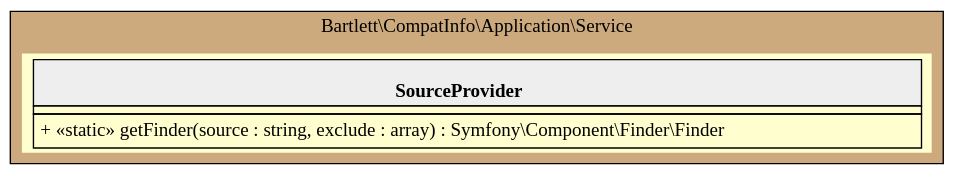
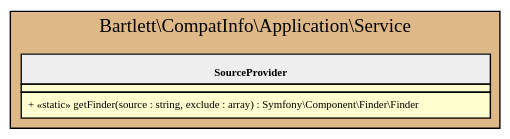
The diagram in 7.0/assets/images/application-service.html.gv (llaville/php-compatinfo), drawn with Graphviz before and after one commit. The commit also changed 66 other files, not shown here.

```diff
--- a/7.0/assets/images/application-service.html.gv
+++ b/7.0/assets/images/application-service.html.gv
@@ -1,16 +1,17 @@
 graph {
-  graph [rankdir="TB" bgcolor="transparent"]
-  node [fillcolor="#FEFECE" style="filled"]
+  graph [name="G" overlap="false" rankdir="TB" bgcolor="transparent"]
+  node [fontname="Verdana" fontsize=8 shape="none" margin=0 fillcolor="#FEFECE" style="filled"]
+  edge [fontname="Verdana" fontsize=8]
   subgraph cluster_0 {
-    graph [bgcolor="burlywood3"]
+    graph [bgcolor="BurlyWood"]
     label = "Bartlett\\CompatInfo\\Application\\Service"
     "Bartlett\\CompatInfo\\Application\\Service\\SourceProvider" [shape="none" label=<
 <table cellspacing="0" border="0" cellborder="1">
     <tr><td bgcolor="#eeeeee"><b><br/>SourceProvider</b></td></tr>
     <tr><td></td></tr>
     <tr><td><table border="0" cellspacing="0" cellpadding="2">
     <tr><td align="left">+ «static» getFinder(source : string, exclude : array) : Symfony\\Component\\Finder\\Finder</td></tr>
 </table></td></tr>
 </table>>]
   }
 }
```
